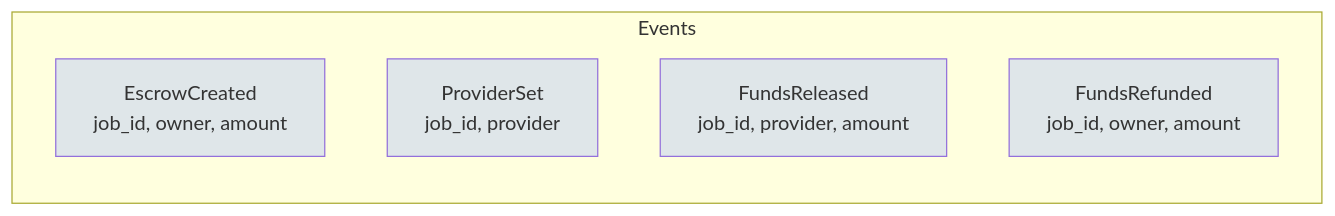
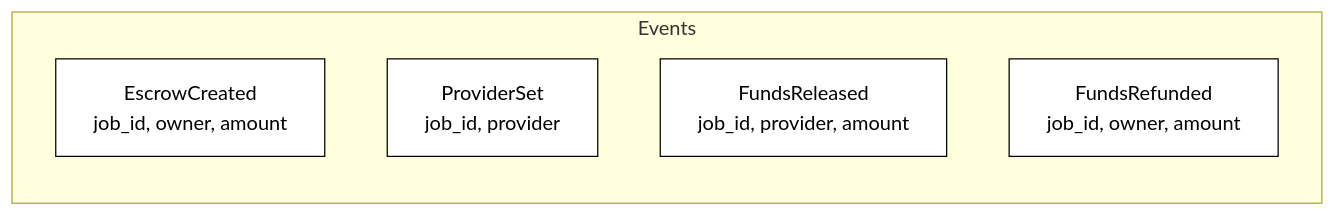
The ninth of 13 diagrams in payment_escrow/README.md (PolkaMesh/PolkaMesh-Contracts), drawn with Mermaid before and after one commit. The commit also changed other lines of this file and 4 other files, not shown here.

````diff
--- a/payment_escrow/README.md
+++ b/payment_escrow/README.md
@@ -215,14 +215,14 @@
 ```mermaid
 graph LR
     subgraph Events
         E1[EscrowCreated<br/>job_id, owner, amount]
         E2[ProviderSet<br/>job_id, provider]
         E3[FundsReleased<br/>job_id, provider, amount]
         E4[FundsRefunded<br/>job_id, owner, amount]
     end
 
-    style E1 fill:#dfe6e9
-    style E2 fill:#dfe6e9
-    style E3 fill:#dfe6e9
-    style E4 fill:#dfe6e9
+    style E1 fill:#ffffff,stroke:#000000,color:#000000
+    style E2 fill:#ffffff,stroke:#000000,color:#000000
+    style E3 fill:#ffffff,stroke:#000000,color:#000000
+    style E4 fill:#ffffff,stroke:#000000,color:#000000
 ```
````
